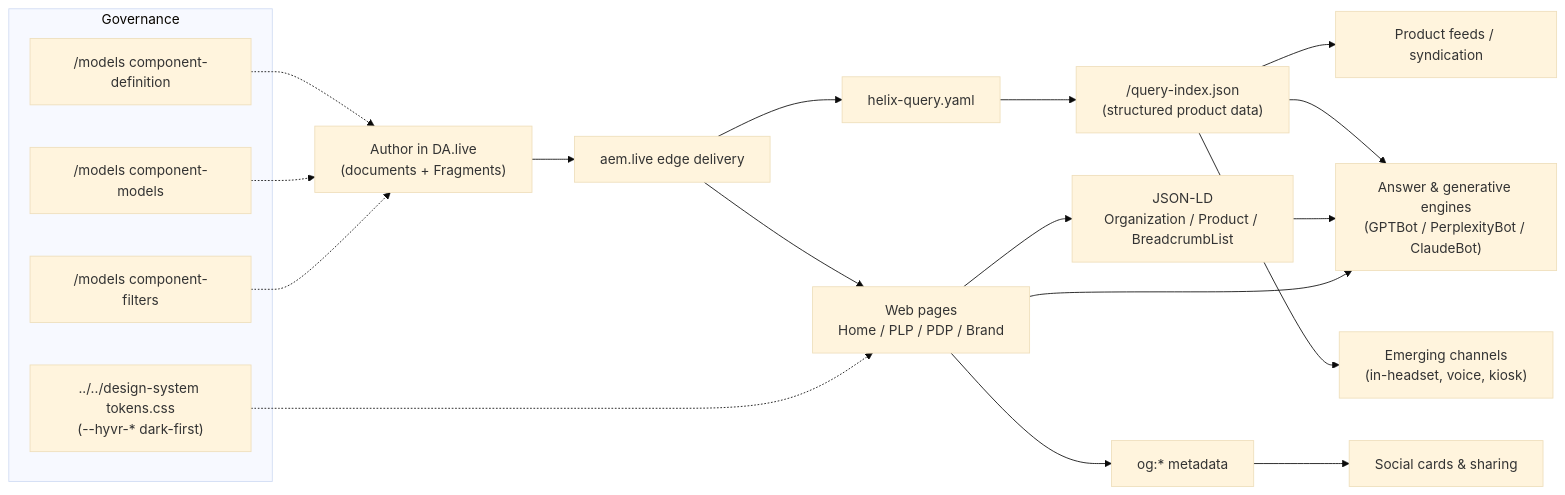
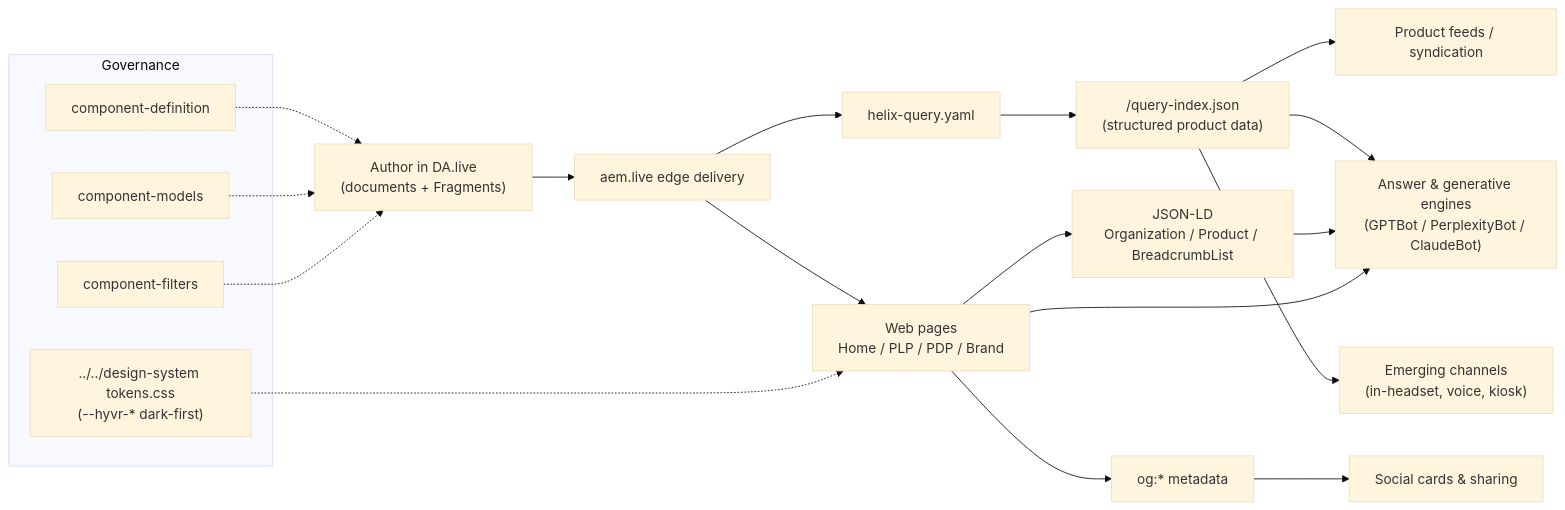
Before and after one commit to clporgs/hyvr-eds: the diagram in docs/content-model.md, drawn with Mermaid (base theme). The commit also changed other lines of this file and 61 other files, not shown here.

````diff
--- a/docs/content-model.md
+++ b/docs/content-model.md
@@ -141,27 +141,27 @@
 ```mermaid
 flowchart LR
   A["Author in DA.live<br/>(documents + Fragments)"] --> B["aem.live edge delivery"]
   B --> H["helix-query.yaml"]
   H --> Q["/query-index.json<br/>(structured product data)"]
   B --> W["Web pages<br/>Home / PLP / PDP / Brand"]
   W --> LD["JSON-LD<br/>Organization / Product / BreadcrumbList"]
   W --> OG["og:* metadata"]
 
   OG --> S["Social cards & sharing"]
   Q --> F["Product feeds / syndication"]
   Q --> AI["Answer & generative engines<br/>(GPTBot / PerplexityBot / ClaudeBot)"]
   LD --> AI
   W --> AI
   Q --> E["Emerging channels<br/>(in-headset, voice, kiosk)"]
 
   subgraph Governance
-    G1["/models component-definition"]
-    G2["/models component-models"]
-    G3["/models component-filters"]
+    G1["component-definition"]
+    G2["component-models"]
+    G3["component-filters"]
     T["../../design-system tokens.css<br/>(--hyvr-* dark-first)"]
   end
   G1 -.-> A
   G2 -.-> A
   G3 -.-> A
   T -.-> W
 ```
````
